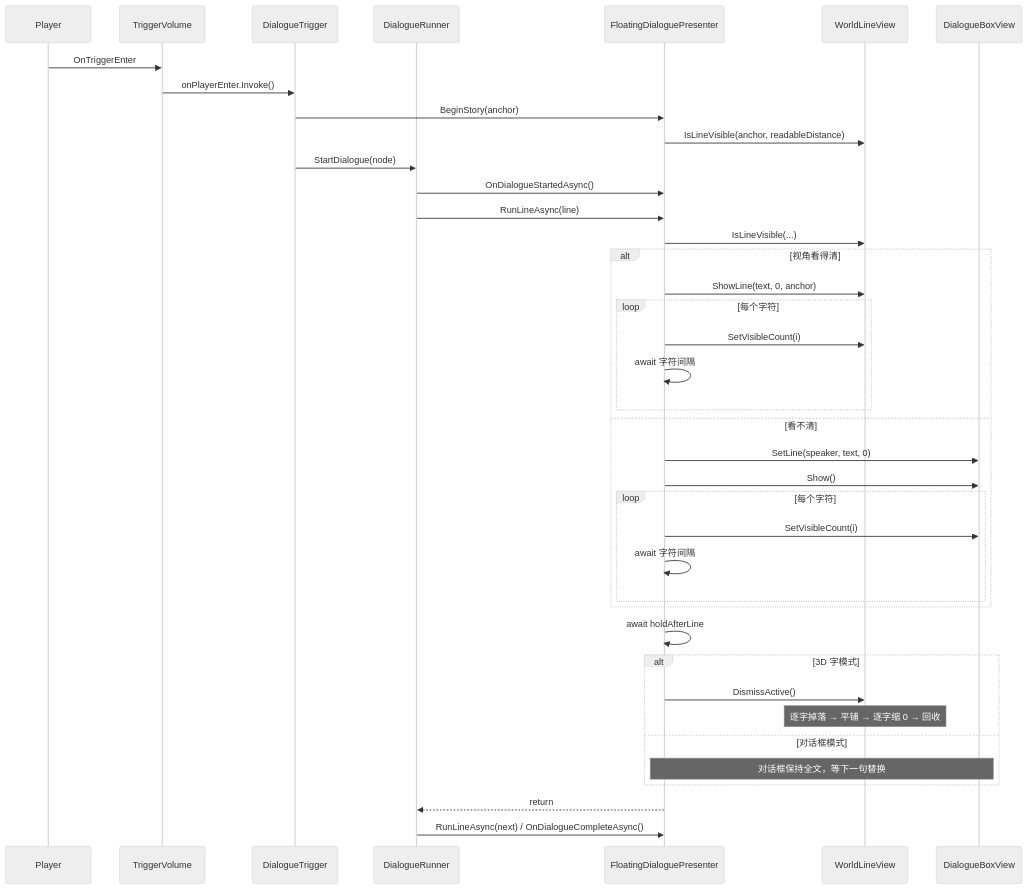
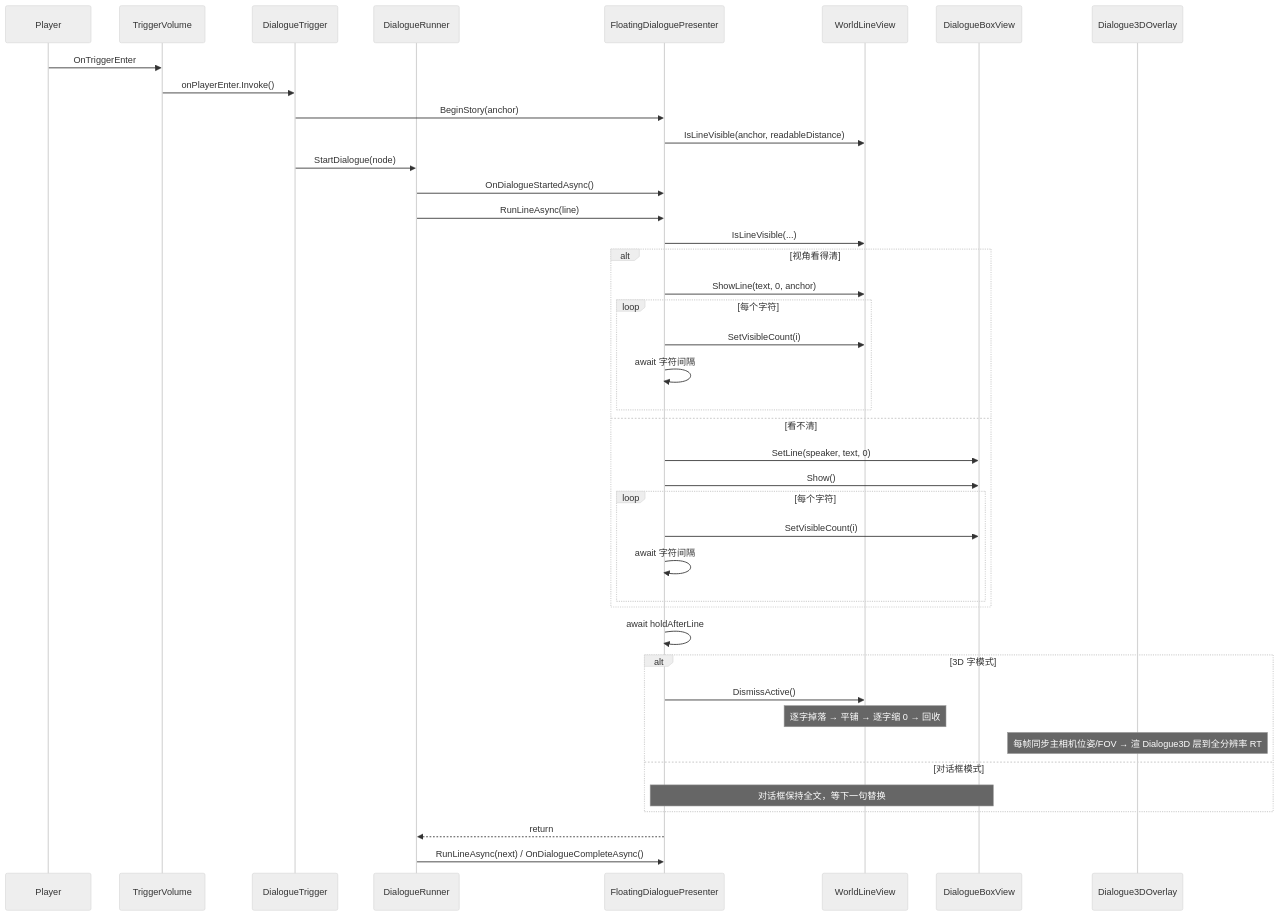
Before and after one commit to Yumihoshi/MakeYourChoice: the third of 3 diagrams in docs/superpowers/specs/2026-11-14-floating-3d-dialogue-design.md, drawn with Mermaid (neutral theme). The commit also changed other lines of this file and 8 other files, not shown here.

````diff
--- a/docs/superpowers/specs/2026-11-14-floating-3d-dialogue-design.md
+++ b/docs/superpowers/specs/2026-11-14-floating-3d-dialogue-design.md
@@ -417,42 +453,44 @@
 ```mermaid
 sequenceDiagram
     participant P as Player
     participant T as TriggerVolume
     participant DT as DialogueTrigger
     participant R as DialogueRunner
     participant PR as FloatingDialoguePresenter
     participant W as WorldLineView
     participant B as DialogueBoxView
+    participant O as Dialogue3DOverlay
 
     P->>T: OnTriggerEnter
     T->>DT: onPlayerEnter.Invoke()
     DT->>PR: BeginStory(anchor)
     PR->>W: IsLineVisible(anchor, readableDistance)
     DT->>R: StartDialogue(node)
     R->>PR: OnDialogueStartedAsync()
     R->>PR: RunLineAsync(line)
     PR->>W: IsLineVisible(...)
     alt 视角看得清
         PR->>W: ShowLine(text, 0, anchor)
         loop 每个字符
             PR->>W: SetVisibleCount(i)
             PR->>PR: await 字符间隔
         end
     else 看不清
         PR->>B: SetLine(speaker, text, 0)
         PR->>B: Show()
         loop 每个字符
             PR->>B: SetVisibleCount(i)
             PR->>PR: await 字符间隔
         end
     end
     PR->>PR: await holdAfterLine
     alt 3D 字模式
         PR->>W: DismissActive()
         Note over W: 逐字掉落 → 平铺 → 逐字缩 0 → 回收
+        Note over O: 每帧同步主相机位姿/FOV → 渲 Dialogue3D 层到全分辨率 RT
     else 对话框模式
         Note over PR,B: 对话框保持全文，等下一句替换
     end
     PR-->>R: return
     R->>PR: RunLineAsync(next) / OnDialogueCompleteAsync()
 ```
````
